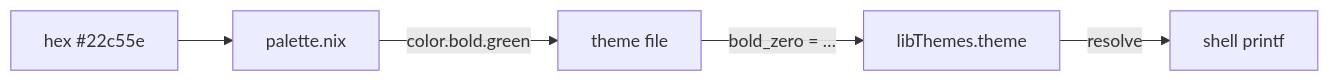
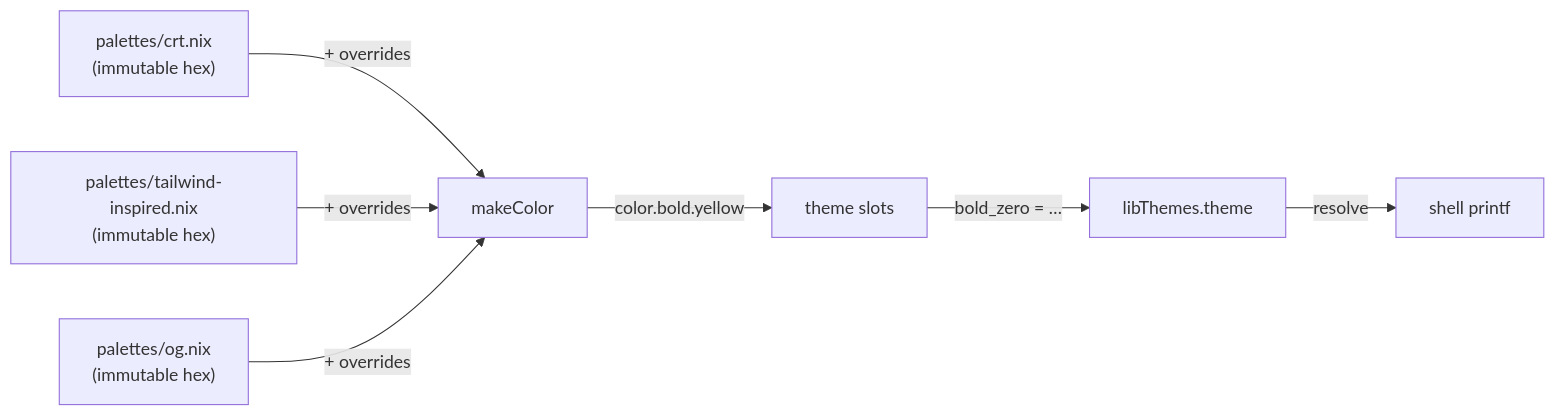
One commit to cig0/nix-batteries changed the first of 3 diagrams in themes/README.md. Above: the diagram before and after it, drawn with Mermaid. The commit also changed other lines of this file and 14 other files, not shown here.

First line of the commit message:
feat: multi-palette architecture with per-theme palette selection and overrides

````diff
--- a/themes/README.md
+++ b/themes/README.md
@@ -220,7 +22,9 @@
 ```mermaid
 graph LR
-    A["hex #22c55e"] --> B["palette.nix"]
-    B -->|"color.bold.green"| C["theme file"]
-    C -->|"bold_zero = …"| D["libThemes.theme"]
-    D -->|resolve| E["shell printf"]
+    A["palettes/crt.nix<br/>(immutable hex)"] -->|"+ overrides"| B["makeColor"]
+    C["palettes/tailwind-inspired.nix<br/>(immutable hex)"] -->|"+ overrides"| B
+    D["palettes/og.nix<br/>(immutable hex)"] -->|"+ overrides"| B
+    B -->|"color.bold.yellow"| E["theme slots"]
+    E -->|"bold_zero = …"| F["libThemes.theme"]
+    F -->|resolve| G["shell printf"]
 ```
````
